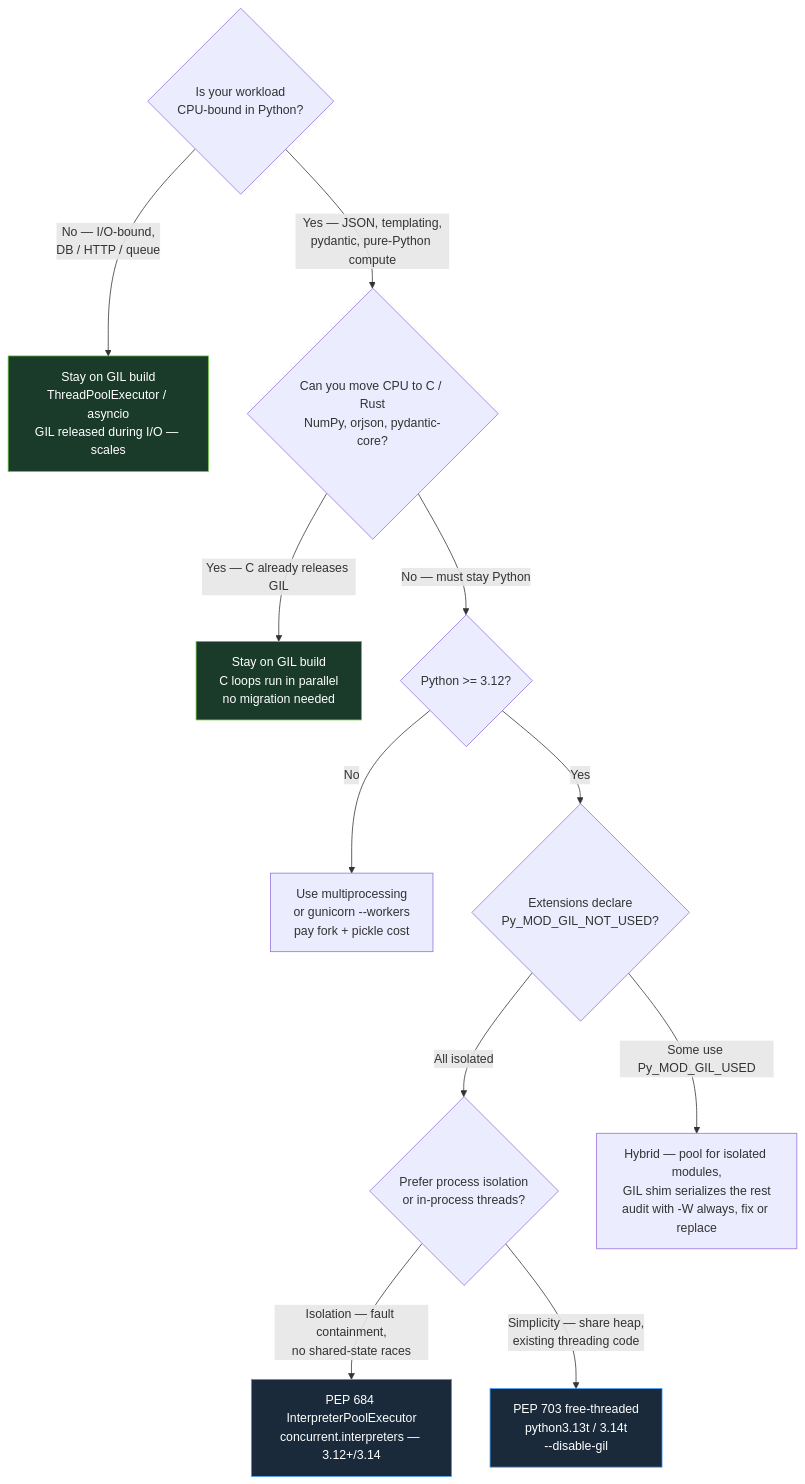
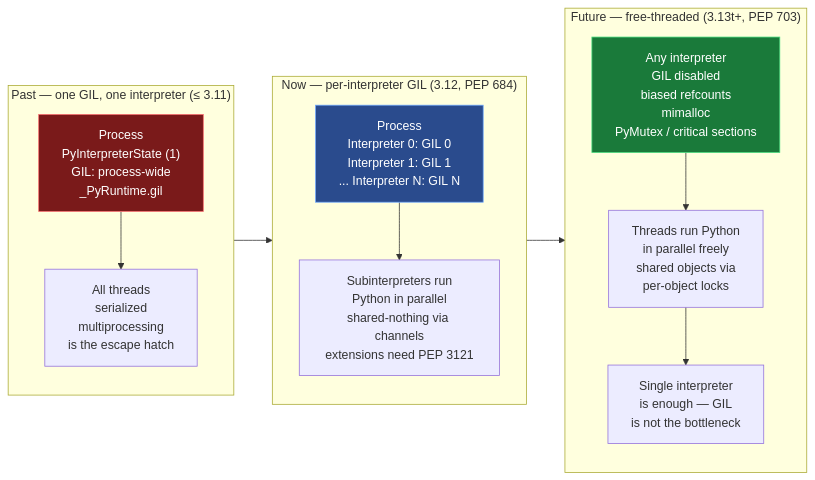
One commit to bumbsclaw/textbooks changed the eighth of 8 diagrams in vol-16-python-cpython-internals/ch05-gil.md. Above: the diagram before and after it, drawn with Mermaid. The commit also changed other lines of this file and 8 other files, not shown here.

````diff
--- a/vol-16-python-cpython-internals/ch05-gil.md
+++ b/vol-16-python-cpython-internals/ch05-gil.md
@@ -1048,19 +1182,22 @@
 ```mermaid
-flowchart TB
-    Q1{"Is your workload<br/>CPU-bound in Python?"}
-    Q1 -->|"No — I/O-bound,<br/>DB / HTTP / queue"| A1["Stay on GIL build<br/>ThreadPoolExecutor / asyncio<br/>GIL released during I/O — scales"]
-    Q1 -->|"Yes — JSON, templating,<br/>pydantic, pure-Python compute"| Q2{"Can you move CPU to C / Rust<br/>NumPy, orjson, pydantic-core?"}
-    Q2 -->|"Yes — C already releases GIL"| A2["Stay on GIL build<br/>C loops run in parallel<br/>no migration needed"]
-    Q2 -->|"No — must stay Python"| Q3{"Python >= 3.12?"}
-    Q3 -->|"No"| A3["Use multiprocessing<br/>or gunicorn --workers<br/>pay fork + pickle cost"]
-    Q3 -->|"Yes"| Q4{"Extensions declare<br/>Py_MOD_GIL_NOT_USED?"}
-    Q4 -->|"All isolated"| Q5{"Prefer process isolation<br/>or in-process threads?"}
-    Q5 -->|"Isolation — fault containment,<br/>no shared-state races"| A4["PEP 684 InterpreterPoolExecutor<br/>concurrent.interpreters — 3.12+/3.14"]
-    Q5 -->|"Simplicity — share heap,<br/>existing threading code"| A5["PEP 703 free-threaded<br/>python3.13t / 3.14t<br/>--disable-gil"]
-    Q4 -->|"Some use Py_MOD_GIL_USED"| A6["Hybrid — pool for isolated modules,<br/>GIL shim serializes the rest<br/>audit with -W always, fix or replace"]
+flowchart LR
+    subgraph PAST["Past — one GIL, one interpreter (≤ 3.11)"]
+        P1["Process<br/>PyInterpreterState (1)<br/>GIL: process-wide<br/>_PyRuntime.gil"]
+        P1 --> P2["All threads<br/>serialized<br/>multiprocessing<br/>is the escape hatch"]
+    end
+    subgraph NOW["Now — per-interpreter GIL (3.12, PEP 684)"]
+        N1["Process<br/>Interpreter 0: GIL 0<br/>Interpreter 1: GIL 1<br/>... Interpreter N: GIL N"]
+        N1 --> N2["Subinterpreters run<br/>Python in parallel<br/>shared-nothing via channels<br/>extensions need PEP 3121"]
+    end
+    subgraph FUTURE["Future — free-threaded (3.13t+, PEP 703)"]
+        F1["Any interpreter<br/>GIL disabled<br/>biased refcounts<br/>mimalloc<br/>PyMutex / critical sections"]
+        F1 --> F2["Threads run Python<br/>in parallel freely<br/>shared objects via<br/>per-object locks"]
+        F2 --> F3["Single interpreter<br/>is enough — GIL<br/>is not the bottleneck"]
+    end
 
-    style A1 fill:#1a3a2a,stroke:#67c23a,color:#fff
-    style A2 fill:#1a3a2a,stroke:#67c23a,color:#fff
-    style A4 fill:#1a2a3a,stroke:#409eff,color:#fff
-    style A5 fill:#1a2a3a,stroke:#409eff,color:#fff
+    PAST --> NOW --> FUTURE
+
+    style P1 fill:#7a1a1a,stroke:#f87171,color:#fff
+    style N1 fill:#2a4b8d,stroke:#6ea8fe,color:#fff
+    style F1 fill:#1a7a3a,stroke:#4ade80,color:#fff
 ```
````
